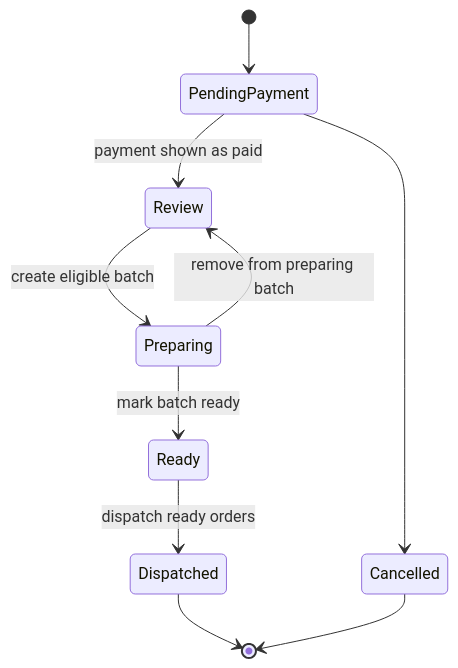
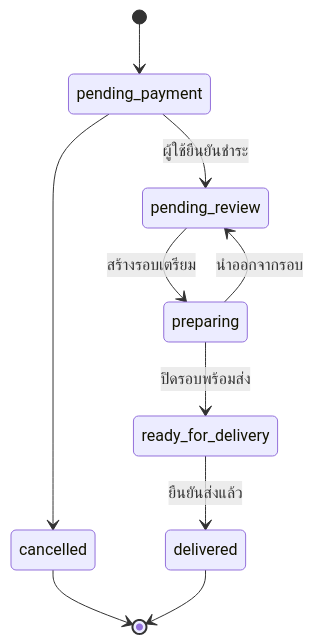
The second of 2 diagrams in openwiki/workflows/orders-and-fulfillment.md (bank188950/shop), drawn with Mermaid before and after one commit. The commit also changed other lines of this file and 27 other files, not shown here.

````diff
--- a/openwiki/workflows/orders-and-fulfillment.md
+++ b/openwiki/workflows/orders-and-fulfillment.md
@@ -49,12 +42,12 @@
 ```mermaid
 stateDiagram-v2
-    [*] --> PendingPayment
-    PendingPayment --> Review: payment shown as paid
-    PendingPayment --> Cancelled
-    Review --> Preparing: create eligible batch
-    Preparing --> Review: remove from preparing batch
-    Preparing --> Ready: mark batch ready
-    Ready --> Dispatched: dispatch ready orders
-    Dispatched --> [*]
-    Cancelled --> [*]
+    [*] --> pending_payment
+    pending_payment --> pending_review: ผู้ใช้ยืนยันชำระ
+    pending_payment --> cancelled
+    pending_review --> preparing: สร้างรอบเตรียม
+    preparing --> pending_review: นำออกจากรอบ
+    preparing --> ready_for_delivery: ปิดรอบพร้อมส่ง
+    ready_for_delivery --> delivered: ยืนยันส่งแล้ว
+    cancelled --> [*]
+    delivered --> [*]
 ```
````
